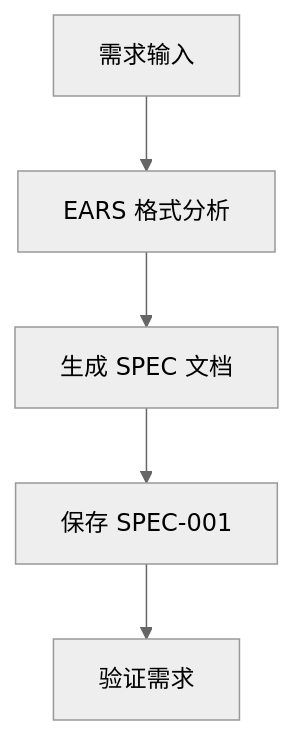
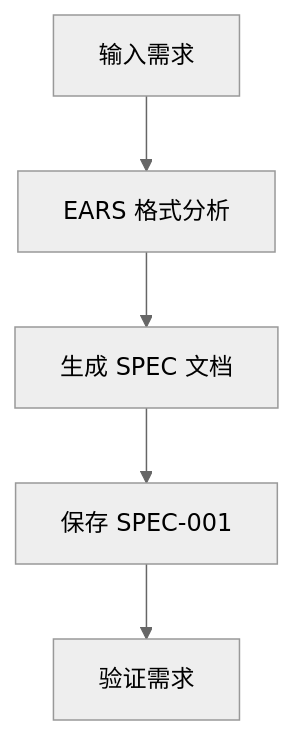
The second of 9 diagrams in docs-site/content/zh/getting-started/quickstart.md (modu-ai/moai-adk), drawn with Mermaid (neutral theme) before and after one commit. The commit also changed other lines of this file and 395 other files, not shown here.

````diff
--- a/docs-site/content/zh/getting-started/quickstart.md
+++ b/docs-site/content/zh/getting-started/quickstart.md
@@ -97,7 +97,7 @@
 ```mermaid
 flowchart TB
-    A["需求输入"] --> B["EARS 格式分析"]
+    A["输入需求"] --> B["EARS 格式分析"]
     B --> C["生成 SPEC 文档"]
     C --> D["保存 SPEC-001"]
     D --> E["验证需求"]
 ```
````
